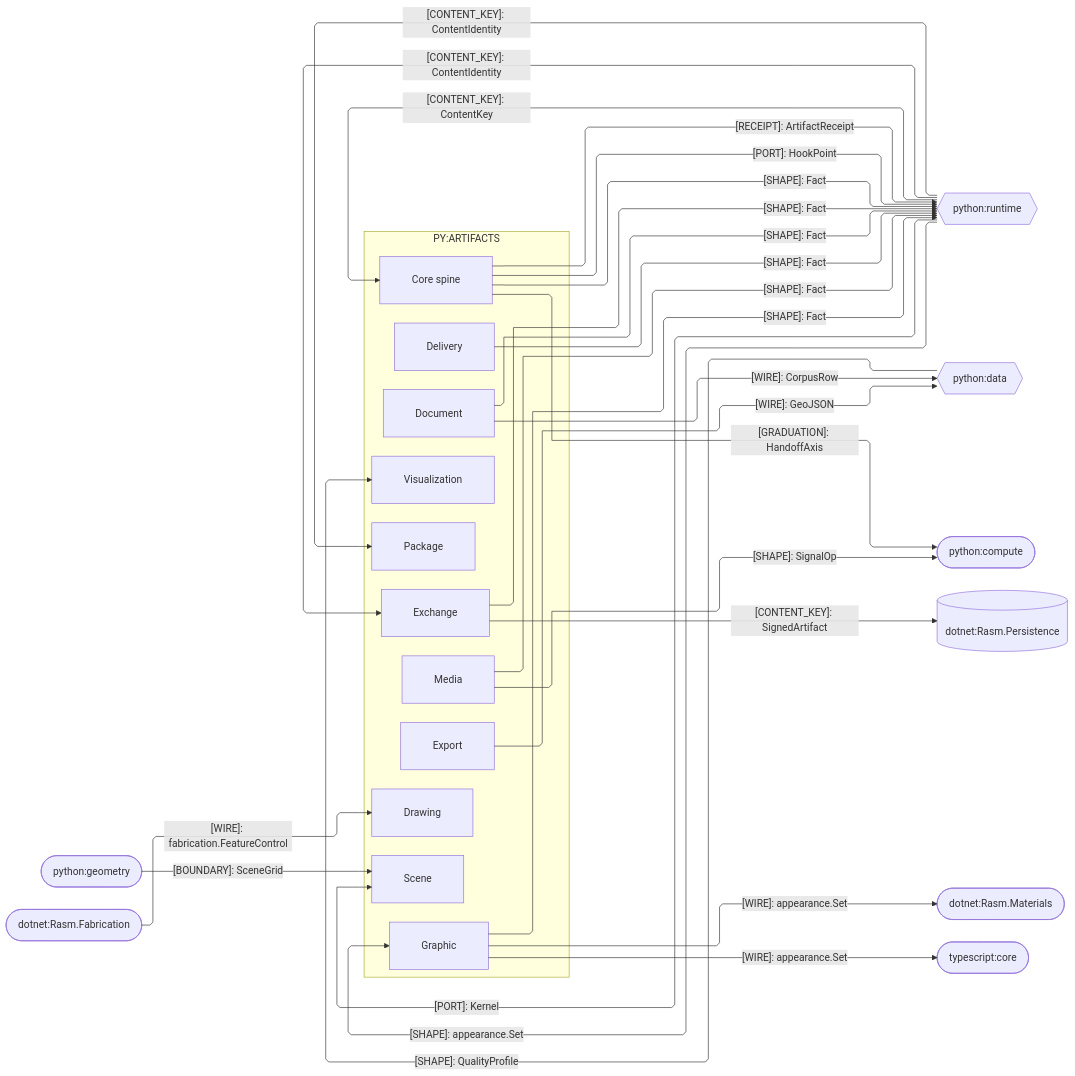
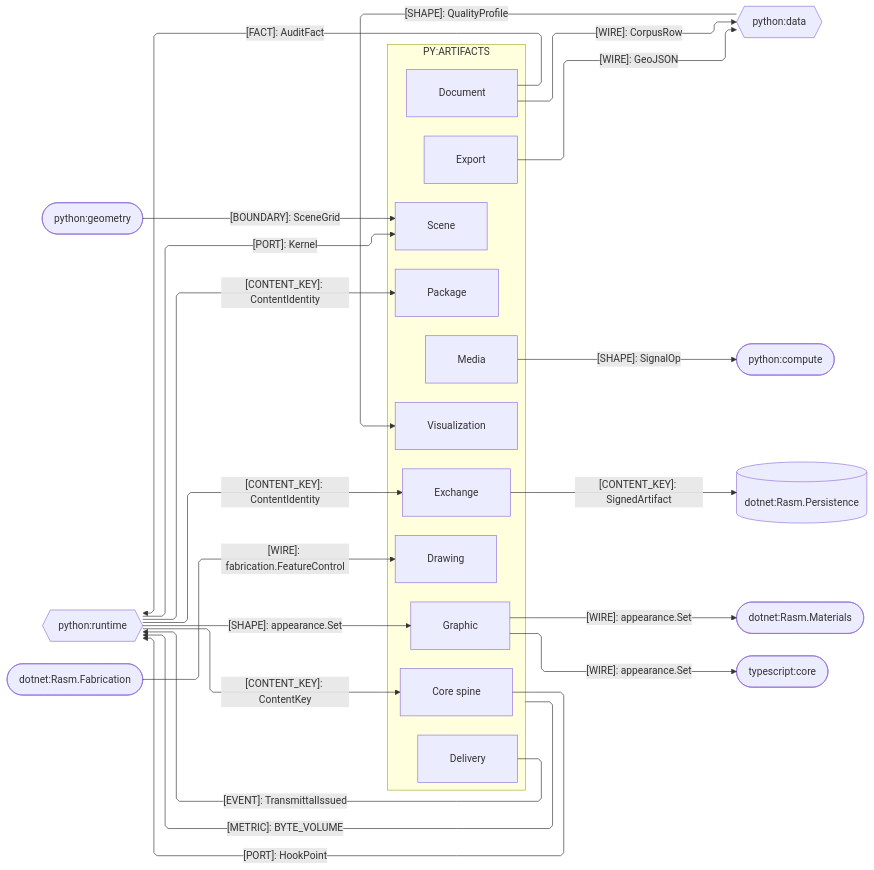
The second of 3 diagrams in libs/python/artifacts/ARCHITECTURE.md (bsamiee/Rasm), drawn with Mermaid before and after one commit. The commit also changed other lines of this file and 1417 other files, not shown here.

````diff
--- a/libs/python/artifacts/ARCHITECTURE.md
+++ b/libs/python/artifacts/ARCHITECTURE.md
@@ -211,56 +205,51 @@
 ```mermaid
 ---
 config:
   layout: elk
   flowchart:
     curve: linear
     padding: 25
 ---
 flowchart LR
     accTitle: Artifacts package seam registry
-    accDescr: Artifacts sub-domain owners exchanging content keys, receipts, wires, and shapes with Python, C#, and TypeScript peers.
+    accDescr: Artifacts sub-domain owners exchanging content keys, wires, and shapes with Python, C#, and TypeScript peers.
     subgraph artifacts[PY:ARTIFACTS]
         Core[Core spine]
         Document[Document]
         Delivery[Delivery]
         Visualization[Visualization]
         Drawing[Drawing]
         Graphic[Graphic]
         Media[Media]
         Scene[Scene]
         Export[Export]
         Exchange[Exchange]
         Package[Package]
     end
     Geometry([python:geometry])
     Runtime{{python:runtime}}
     Data{{python:data}}
     Compute([python:compute])
     Persistence[(dotnet:Rasm.Persistence)]
     Fabrication([dotnet:Rasm.Fabrication])
     Materials([dotnet:Rasm.Materials])
     Interchange([typescript:core])
     Runtime e1@-->|"[CONTENT_KEY]: ContentKey"| Core
-    Core e2@-->|"[RECEIPT]: ArtifactReceipt"| Runtime
+    artifacts e2@-->|"[METRIC]: BYTE_VOLUME"| Runtime
     Runtime e3@-->|"[CONTENT_KEY]: ContentIdentity"| Exchange
     Runtime e4@-->|"[CONTENT_KEY]: ContentIdentity"| Package
-    Core e5@-->|"[GRADUATION]: HandoffAxis"| Compute
     Media e6@-->|"[SHAPE]: SignalOp"| Compute
     Document e7@-->|"[WIRE]: CorpusRow"| Data
     Export e8@-->|"[WIRE]: GeoJSON"| Data
     Data e9@-->|"[SHAPE]: QualityProfile"| Visualization
     Fabrication e10@-->|"[WIRE]: fabrication.FeatureControl"| Drawing
     Geometry e11@-->|"[BOUNDARY]: SceneGrid"| Scene
     Exchange e12@-->|"[CONTENT_KEY]: SignedArtifact"| Persistence
     Runtime e13@-->|"[PORT]: Kernel"| Scene
     Core e14@-->|"[PORT]: HookPoint"| Runtime
     Runtime e15@-->|"[SHAPE]: appearance.Set"| Graphic
     Graphic e16@-->|"[WIRE]: appearance.Set"| Materials
     Graphic e17@-->|"[WIRE]: appearance.Set"| Interchange
-    Core e18@-->|"[SHAPE]: Fact"| Runtime
-    Delivery e19@-->|"[SHAPE]: Fact"| Runtime
-    Document e20@-->|"[SHAPE]: Fact"| Runtime
-    Graphic e21@-->|"[SHAPE]: Fact"| Runtime
-    Media e22@-->|"[SHAPE]: Fact"| Runtime
-    Exchange e23@-->|"[SHAPE]: Fact"| Runtime
+    Delivery e19@-->|"[EVENT]: TransmittalIssued"| Runtime
+    Document e20@-->|"[FACT]: AuditFact"| Runtime
 ```
````
